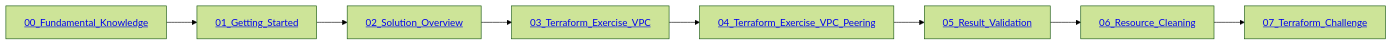
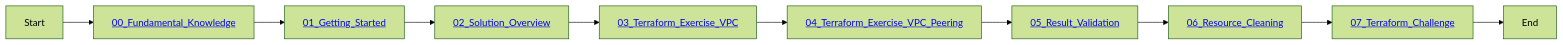
One commit to Huawei-APAC-Professional-Services/terraform-101-workshop changed the diagram in README.md. Above: the diagram before and after it, drawn with Mermaid (forest theme).

````diff
--- a/README.md
+++ b/README.md
@@ -46,18 +46,20 @@
 ```mermaid
 flowchart LR
-    00_Fundamental_Knowledge[<a href='https://github.com/Huawei-APAC-Professional-Services/terraform-101-workshop/blob/master/workshop/00_Fundamental_Knowledge.md'>00_Fundamental_Knowledge</a>]
+    Start --> 00_Fundamental_Knowledge[<a href='https://github.com/Huawei-APAC-Professional-Services/terraform-101-workshop/blob/master/workshop/00_Fundamental_Knowledge.md'>00_Fundamental_Knowledge</a>]
 
     00_Fundamental_Knowledge --> 01_Getting_Started[<a href='https://github.com/Huawei-APAC-Professional-Services/terraform-101-workshop/blob/master/workshop/01_Getting_Started.md'>01_Getting_Started</a>]
 
     01_Getting_Started --> 02_Solution_Overview[<a href='https://github.com/Huawei-APAC-Professional-Services/terraform-101-workshop/blob/master/workshop/02_Solution_Overview.md'>02_Solution_Overview</a>]
 
     02_Solution_Overview --> 03_Terraform_Exercise_VPC[<a href='https://github.com/Huawei-APAC-Professional-Services/terraform-101-workshop/blob/master/workshop/03_Terraform_Exercise_VPC.md'>03_Terraform_Exercise_VPC</a>]
 
     03_Terraform_Exercise_VPC --> 04_Terraform_Exercise_VPC_Peering[<a href='https://github.com/Huawei-APAC-Professional-Services/terraform-101-workshop/blob/master/workshop/04_Terraform_Exercise_VPC_Peering.md'>04_Terraform_Exercise_VPC_Peering</a>]
 
     04_Terraform_Exercise_VPC_Peering --> 05_Result_Validation[<a href='https://github.com/Huawei-APAC-Professional-Services/terraform-101-workshop/blob/master/workshop/05_Result_Validation.md'>05_Result_Validation</a>]
 
     05_Result_Validation --> 06_Resource_Cleaning[<a href='https://github.com/Huawei-APAC-Professional-Services/terraform-101-workshop/blob/master/workshop/06_Resource_Cleaning.md'>06_Resource_Cleaning</a>]
 
     06_Resource_Cleaning --> 07_Terraform_Challenge[<a href='https://github.com/Huawei-APAC-Professional-Services/terraform-101-workshop/blob/master/workshop/07_Terraform_Challenge.md'>07_Terraform_Challenge</a>]
+
+    07_Terraform_Challenge --> End
 ```
````
